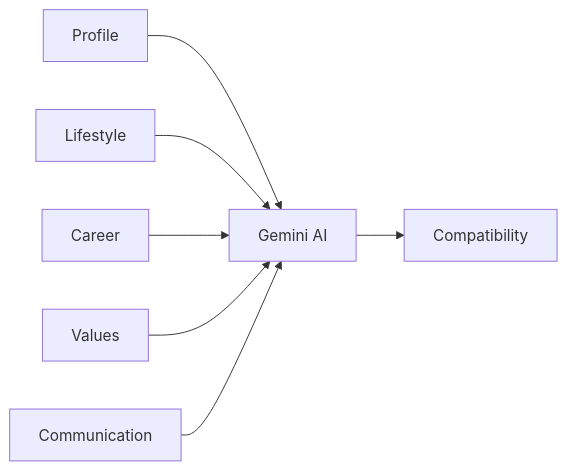
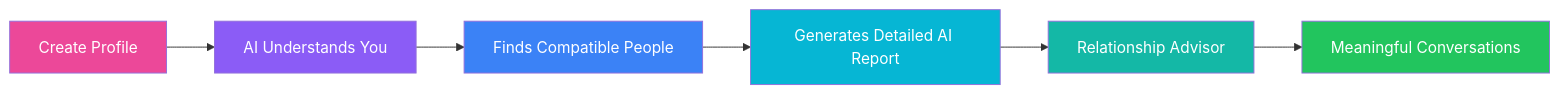
Before and after one commit to TheKanishkDev/SoulSync-AI: the first of 7 diagrams in README.md, drawn with Mermaid. The commit also changed other lines of this file, not shown here.

````diff
--- a/README.md
+++ b/README.md
@@ -337,25 +139,27 @@
 ```mermaid
 flowchart LR
 
-A[Profile]
+A[Create Profile]
 
-B[Lifestyle]
+A --> B[AI Understands You]
 
-C[Career]
+B --> C[Finds Compatible People]
 
-D[Values]
+C --> D[Generates Detailed AI Report]
 
-E[Communication]
+D --> E[Relationship Advisor]
 
-F[Gemini AI]
+E --> F[Meaningful Conversations]
 
-G[Compatibility]
+style A fill:#EC4899,color:#fff
 
-A --> F
-B --> F
-C --> F
-D --> F
-E --> F
+style B fill:#8B5CF6,color:#fff
 
-F --> G
+style C fill:#3B82F6,color:#fff
+
+style D fill:#06B6D4,color:#fff
+
+style E fill:#14B8A6,color:#fff
+
+style F fill:#22C55E,color:#fff
 ```
````
